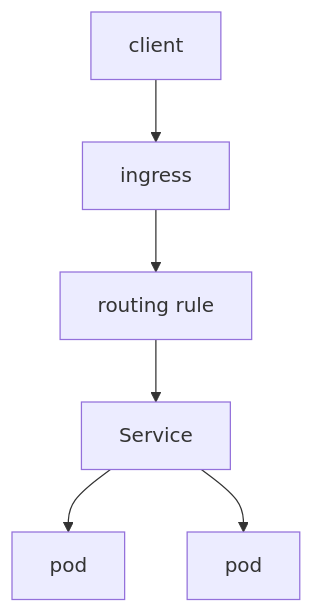
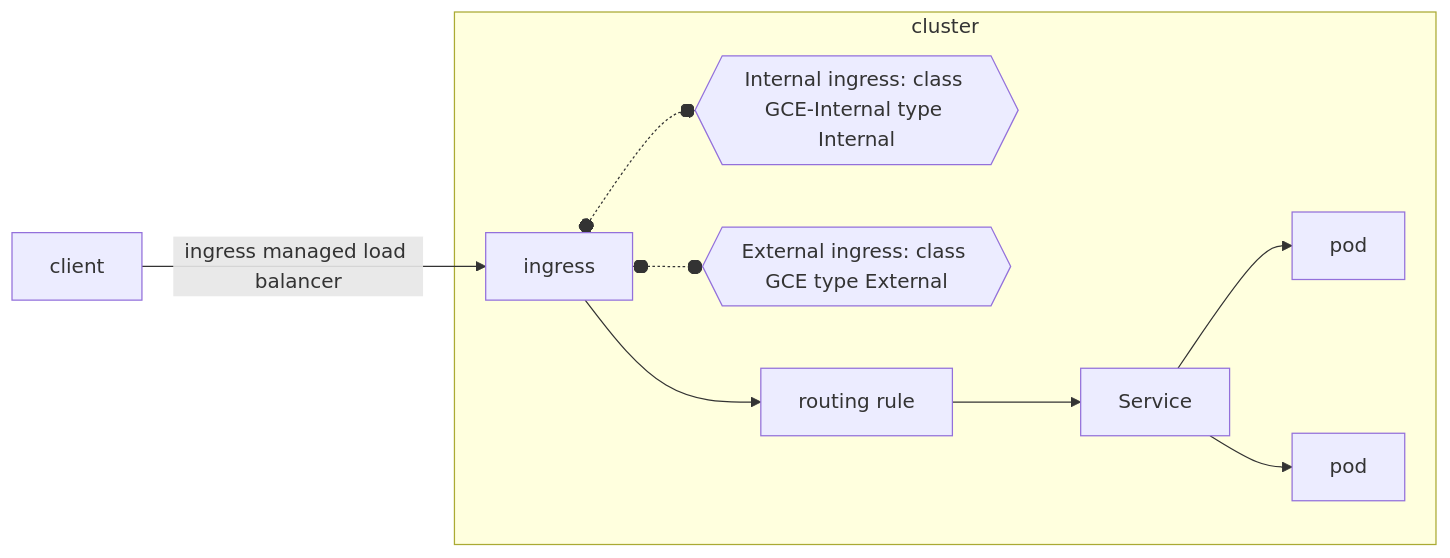
The second of 2 diagrams in gcp/cloud-engineer-path/preparing-for-my-associate-cloud-engineer-journey.md (leomakino/learn-data-engineer-topics), drawn with Mermaid before and after one commit. The commit also changed other lines of this file, not shown here.

````diff
--- a/gcp/cloud-engineer-path/preparing-for-my-associate-cloud-engineer-journey.md
+++ b/gcp/cloud-engineer-path/preparing-for-my-associate-cloud-engineer-journey.md
@@ -772,8 +769,10 @@
 ```mermaid
-flowchart TB;
-A[client] --> B[ingress]
-B[ingress] --> C[routing rule]
-C[routing rule] --> D[Service]
-D[Service] --> E[pod]
-D[Service] --> F[pod]
+flowchart LR;
+A[client] -- ingress managed load balancer --> B[ingress]
+subgraph cluster
+B[ingress] o-.-o G{{Internal ingress: class GCE-Internal type Internal}}
+B[ingress] o-.-o H{{External ingress: class GCE type External}}
+B[ingress] --> C[routing rule] --> D[Service]
+D[Service] --> E[pod] & F[pod]
+end
 ```
````
